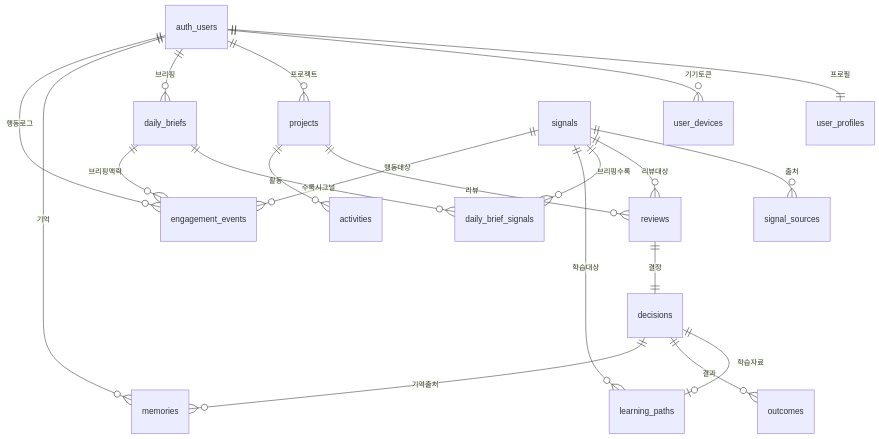
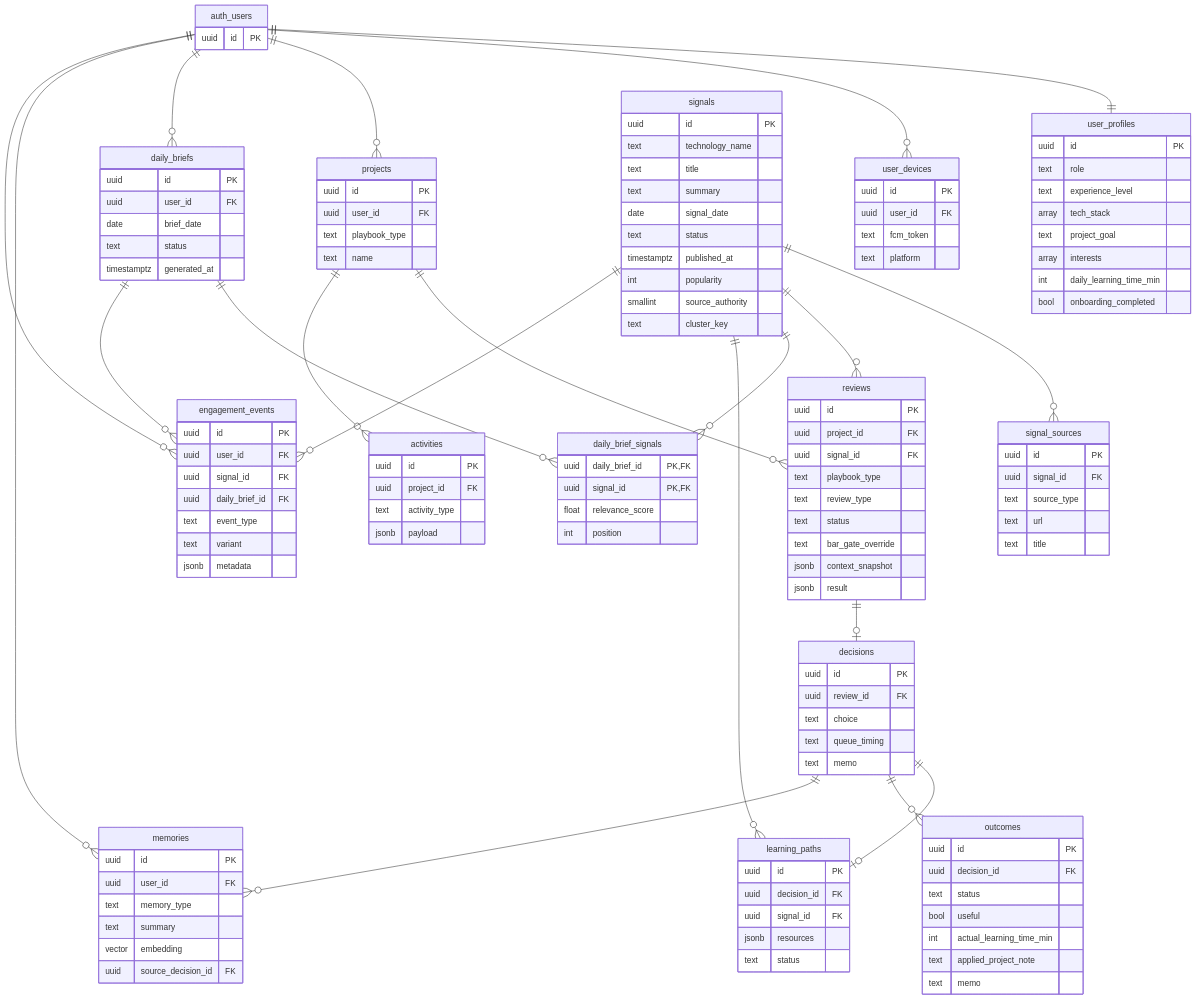
Before and after one commit to yoosg/decision-os: the diagram in docs/decision-os-erd.mmd, drawn with Mermaid. The commit also changed 4 other files, not shown here.

```diff
--- a/docs/decision-os-erd.mmd
+++ b/docs/decision-os-erd.mmd
@@ -1,20 +1,135 @@
 erDiagram
-    auth_users ||--|| user_profiles : "프로필"
-    auth_users ||--o{ user_devices : "기기토큰"
-    auth_users ||--o{ projects : "프로젝트"
-    auth_users ||--o{ daily_briefs : "브리핑"
-    auth_users ||--o{ memories : "기억"
-    auth_users ||--o{ engagement_events : "행동로그"
-    projects ||--o{ reviews : "리뷰"
-    projects ||--o{ activities : "활동"
-    signals ||--o{ signal_sources : "출처"
-    signals ||--o{ reviews : "리뷰대상"
-    signals ||--o{ daily_brief_signals : "브리핑수록"
-    signals ||--o{ learning_paths : "학습대상"
-    signals ||--o{ engagement_events : "행동대상"
-    daily_briefs ||--o{ daily_brief_signals : "수록시그널"
-    daily_briefs ||--o{ engagement_events : "브리핑맥락"
-    reviews ||--|| decisions : "결정"
-    decisions ||--o| learning_paths : "학습자료"
-    decisions ||--o{ outcomes : "결과"
-    decisions ||--o{ memories : "기억출처"
+    auth_users ||--|| user_profiles : ""
+    auth_users ||--o{ user_devices : ""
+    auth_users ||--o{ projects : ""
+    auth_users ||--o{ daily_briefs : ""
+    auth_users ||--o{ memories : ""
+    auth_users ||--o{ engagement_events : ""
+    projects ||--o{ reviews : ""
+    projects ||--o{ activities : ""
+    signals ||--o{ signal_sources : ""
+    signals ||--o{ reviews : ""
+    signals ||--o{ daily_brief_signals : ""
+    signals ||--o{ learning_paths : ""
+    signals ||--o{ engagement_events : ""
+    daily_briefs ||--o{ daily_brief_signals : ""
+    daily_briefs ||--o{ engagement_events : ""
+    reviews ||--o| decisions : ""
+    decisions ||--o| learning_paths : ""
+    decisions ||--o{ outcomes : ""
+    decisions ||--o{ memories : ""
+
+    auth_users {
+        uuid id PK
+    }
+    user_profiles {
+        uuid id PK
+        text role
+        text experience_level
+        array tech_stack
+        text project_goal
+        array interests
+        int daily_learning_time_min
+        bool onboarding_completed
+    }
+    user_devices {
+        uuid id PK
+        uuid user_id FK
+        text fcm_token
+        text platform
+    }
+    projects {
+        uuid id PK
+        uuid user_id FK
+        text playbook_type
+        text name
+    }
+    signals {
+        uuid id PK
+        text technology_name
+        text title
+        text summary
+        date signal_date
+        text status
+        timestamptz published_at
+        int popularity
+        smallint source_authority
+        text cluster_key
+    }
+    signal_sources {
+        uuid id PK
+        uuid signal_id FK
+        text source_type
+        text url
+        text title
+    }
+    daily_briefs {
+        uuid id PK
+        uuid user_id FK
+        date brief_date
+        text status
+        timestamptz generated_at
+    }
+    daily_brief_signals {
+        uuid daily_brief_id PK,FK
+        uuid signal_id PK,FK
+        float relevance_score
+        int position
+    }
+    reviews {
+        uuid id PK
+        uuid project_id FK
+        uuid signal_id FK
+        text playbook_type
+        text review_type
+        text status
+        text bar_gate_override
+        jsonb context_snapshot
+        jsonb result
+    }
+    decisions {
+        uuid id PK
+        uuid review_id FK
+        text choice
+        text queue_timing
+        text memo
+    }
+    learning_paths {
+        uuid id PK
+        uuid decision_id FK
+        uuid signal_id FK
+        jsonb resources
+        text status
+    }
+    outcomes {
+        uuid id PK
+        uuid decision_id FK
+        text status
+        bool useful
+        int actual_learning_time_min
+        text applied_project_note
+        text memo
+    }
+    memories {
+        uuid id PK
+        uuid user_id FK
+        text memory_type
+        text summary
+        vector embedding
+        uuid source_decision_id FK
+    }
+    activities {
+        uuid id PK
+        uuid project_id FK
+        text activity_type
+        jsonb payload
+    }
+    engagement_events {
+        uuid id PK
+        uuid user_id FK
+        uuid signal_id FK
+        uuid daily_brief_id FK
+        text event_type
+        text variant
+        jsonb metadata
+    }
```
